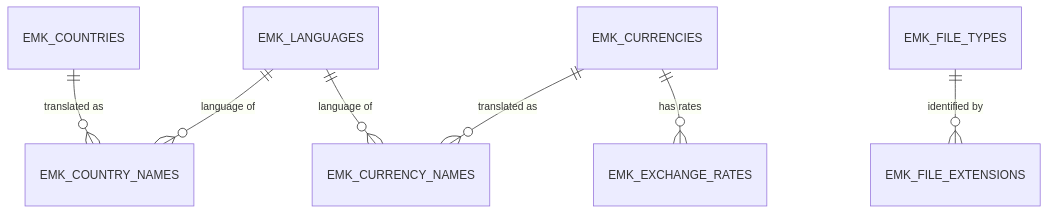
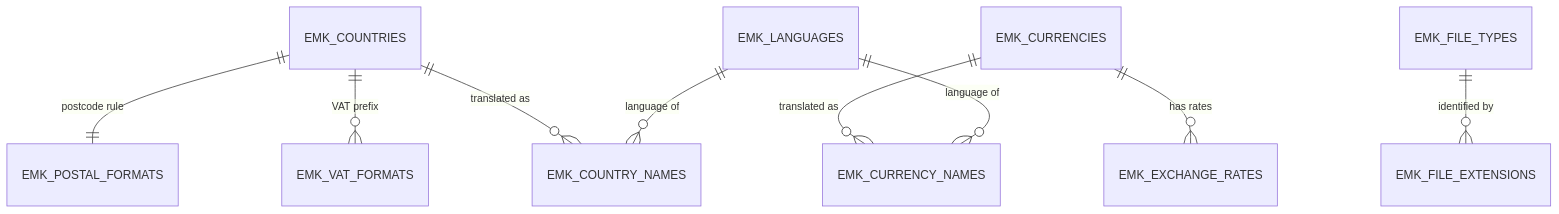
Before and after one commit to nmuller000/euromarket-claims-manager: the diagram in docs/design/data-model-reference.md, drawn with Mermaid. The commit also changed other lines of this file and 9 other files, not shown here.

````diff
--- a/docs/design/data-model-reference.md
+++ b/docs/design/data-model-reference.md
@@ -15,9 +15,11 @@
 ```mermaid
 erDiagram
     EMK_COUNTRIES ||--o{ EMK_COUNTRY_NAMES : "translated as"
+    EMK_COUNTRIES ||--o{ EMK_VAT_FORMATS : "VAT prefix"
+    EMK_COUNTRIES ||--|| EMK_POSTAL_FORMATS : "postcode rule"
     EMK_CURRENCIES ||--o{ EMK_CURRENCY_NAMES : "translated as"
     EMK_CURRENCIES ||--o{ EMK_EXCHANGE_RATES : "has rates"
     EMK_LANGUAGES ||--o{ EMK_COUNTRY_NAMES : "language of"
     EMK_LANGUAGES ||--o{ EMK_CURRENCY_NAMES : "language of"
     EMK_FILE_TYPES ||--o{ EMK_FILE_EXTENSIONS : "identified by"
 ```
````
